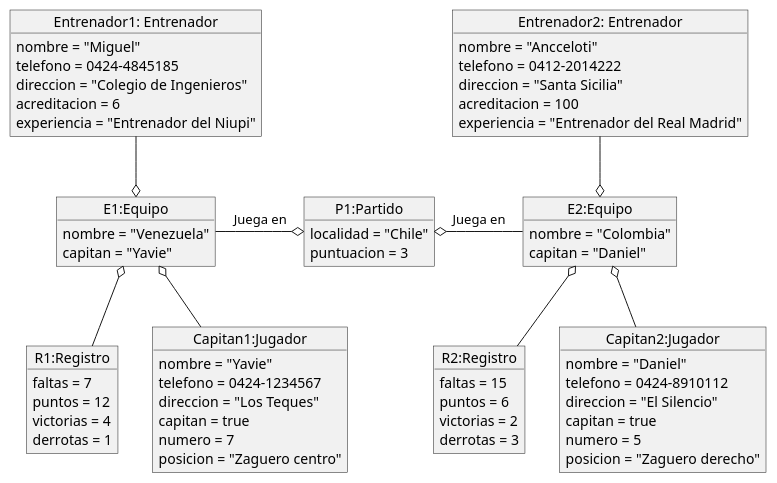
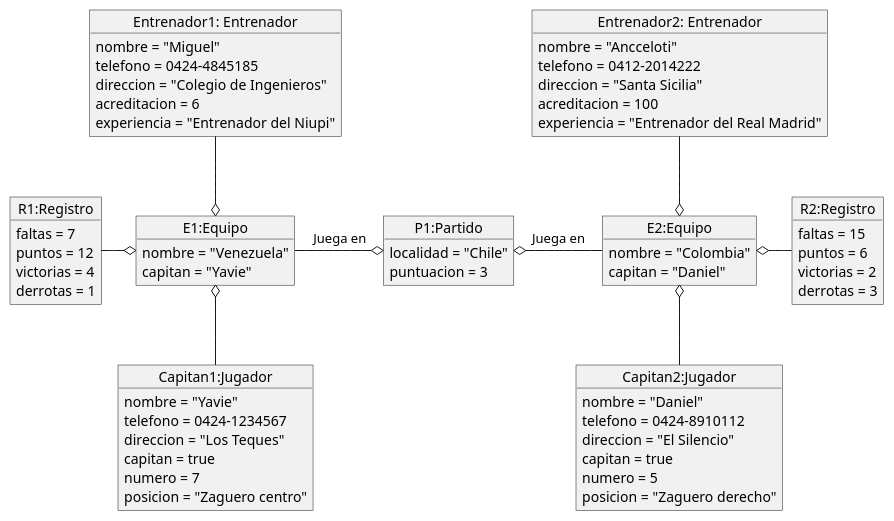
One commit to JhonatanHZ/IS-022023 changed the diagram in docs/diagrams/reto04DiagramaDeObjetos.plantuml. Above: the diagram before and after it, drawn with PlantUML. The commit also changed 1 other file, not shown here.

Commit message:
Diagrama de clases y objetos

```diff
--- a/docs/diagrams/reto04DiagramaDeObjetos.plantuml
+++ b/docs/diagrams/reto04DiagramaDeObjetos.plantuml
@@ -1,76 +1,76 @@
 @startuml DiagramaDeObjetos
 
 object "P1:Partido" as P1{
     localidad = "Chile"
     puntuacion = 3
 }
 
 object "E1:Equipo" as E1{
     nombre = "Venezuela"
     capitan = "Yavie"
 }
 
 object "E2:Equipo" as E2{
     nombre = "Colombia"
     capitan = "Daniel"
 }
 
 object "R1:Registro" as R1{
     faltas = 7
     puntos = 12
     victorias = 4
     derrotas = 1
 }
 
 object "R2:Registro" as R2{
     faltas = 15
     puntos = 6
     victorias = 2
     derrotas = 3
 }
 
 object "Capitan1:Jugador" as C1{
     nombre = "Yavie"
     telefono = 0424-1234567
     direccion = "Los Teques"
     capitan = true
     numero = 7
     posicion = "Zaguero centro"
 }
 
 object "Capitan2:Jugador" as C2{
     nombre = "Daniel"
     telefono = 0424-8910112
     direccion = "El Silencio"
     capitan = true
     numero = 5
     posicion = "Zaguero derecho"
 }
 
 object "Entrenador1: Entrenador" as DT1{
     nombre = "Miguel"
     telefono = 0424-4845185
     direccion = "Colegio de Ingenieros"
     acreditacion = 6
     experiencia = "Entrenador del Niupi"
 }
 
 object "Entrenador2: Entrenador" as DT2{
     nombre = "Ancceloti"
     telefono = 0412-2014222
     direccion = "Santa Sicilia"
     acreditacion = 100
     experiencia = "Entrenador del Real Madrid"
 }
 
 E1  -r-o P1: Juega en
 E2  -l-o P1: Juega en
-R1  -u-o E1
-R2  -u-o E2
+R1  -r-o E1
+R2  -l-o E2
 C1  -u-o E1
 C2  -u-o E2
 DT1 -d-o E1
 DT2 -d-o E2
 
 
 @enduml
```
